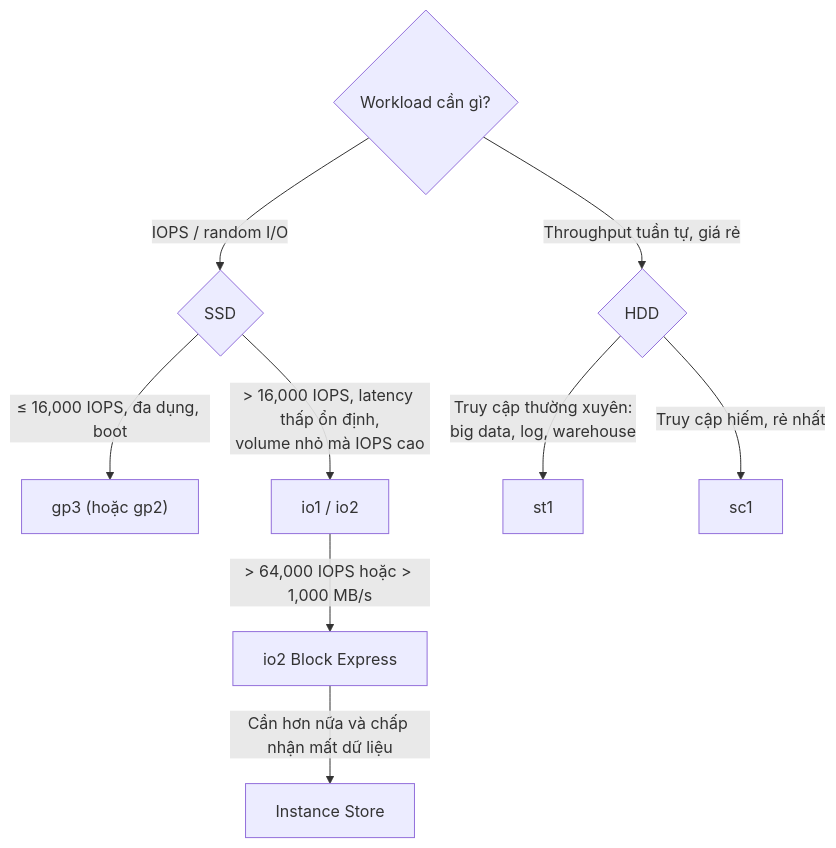
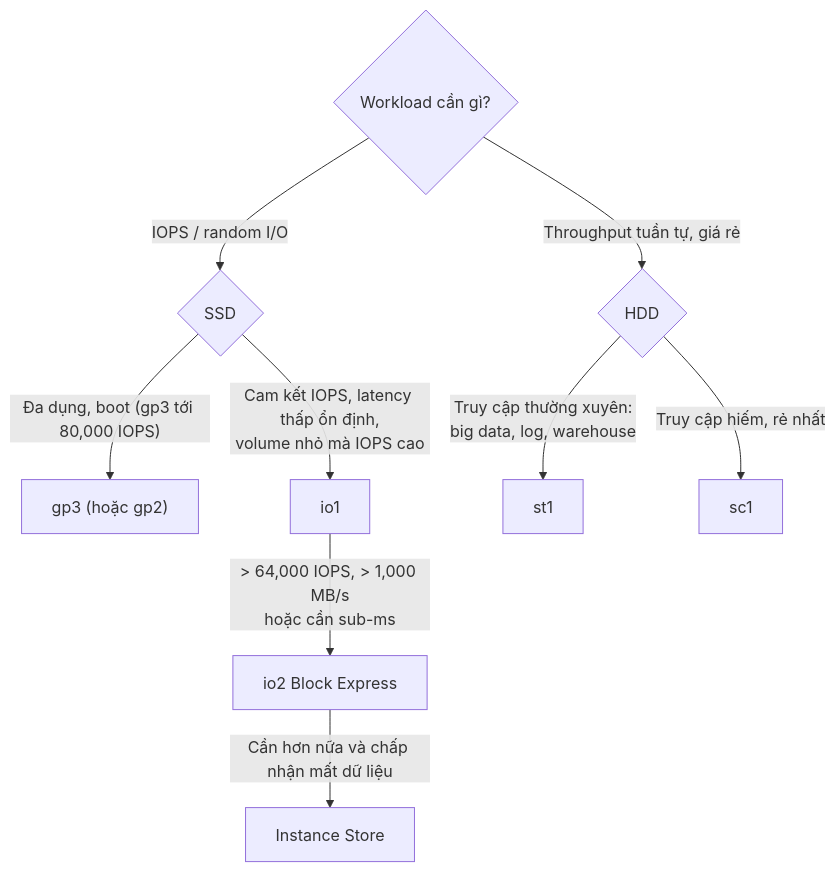
Before and after one commit to hairbui76/aws-saa-c03: the diagram in data/07 EC2/EBS Volume Types.md, drawn with Mermaid. The commit also changed other lines of this file and 81 other files, not shown here.

````diff
--- a/data/07 EC2/EBS Volume Types.md
+++ b/data/07 EC2/EBS Volume Types.md
@@ -97,11 +107,11 @@
 ```mermaid
 flowchart TD
     Q{"Workload cần gì?"} -->|"IOPS / random I/O"| SSD{"SSD"}
     Q -->|"Throughput tuần tự, giá rẻ"| HDD{"HDD"}
-    SSD -->|"≤ 16,000 IOPS, đa dụng, boot"| GP["gp3 (hoặc gp2)"]
-    SSD -->|"> 16,000 IOPS, latency thấp ổn định,<br/>volume nhỏ mà IOPS cao"| IO["io1 / io2"]
-    IO -->|"> 64,000 IOPS hoặc > 1,000 MB/s"| BX["io2 Block Express"]
+    SSD -->|"Đa dụng, boot (gp3 tới 80,000 IOPS)"| GP["gp3 (hoặc gp2)"]
+    SSD -->|"Cam kết IOPS, latency thấp ổn định,<br/>volume nhỏ mà IOPS cao"| IO["io1"]
+    IO -->|"> 64,000 IOPS, > 1,000 MB/s<br/>hoặc cần sub-ms"| BX["io2 Block Express"]
     HDD -->|"Truy cập thường xuyên:<br/>big data, log, warehouse"| ST["st1"]
     HDD -->|"Truy cập hiếm, rẻ nhất"| SC["sc1"]
     BX -->|"Cần hơn nữa và chấp nhận mất dữ liệu"| IS["Instance Store"]
 ```
````
